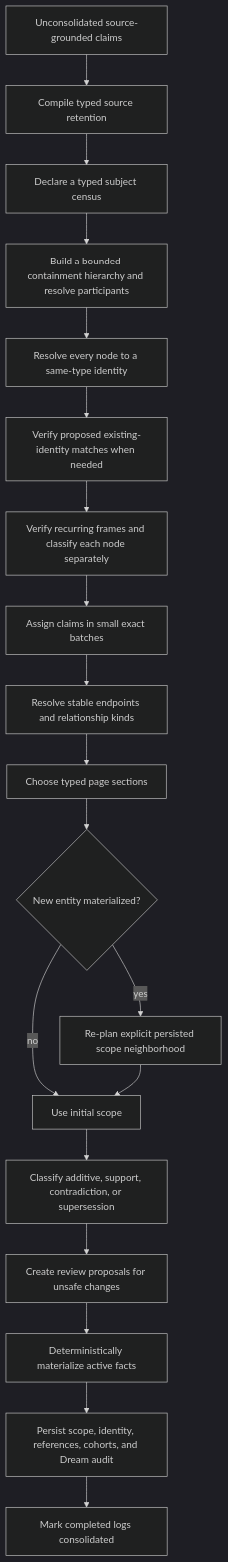
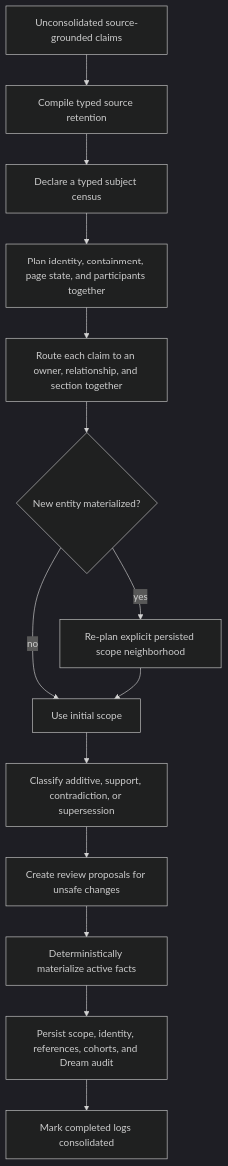
The diagram in DESIGN.md (nsadras/mycelium), drawn with Mermaid (dark theme) before and after one commit. The commit also changed other lines of this file and 5 other files, not shown here.

````diff
--- a/DESIGN.md
+++ b/DESIGN.md
@@ -85,21 +85,16 @@
 ```mermaid
 flowchart TD
     A[Unconsolidated source-grounded claims] --> B[Compile typed source retention]
     B --> C[Declare a typed subject census]
-    C --> D[Build a bounded containment hierarchy and resolve participants]
-    D --> E[Resolve every node to a same-type identity]
-    E --> F[Verify proposed existing-identity matches when needed]
-    F --> G[Verify recurring frames and classify each node separately]
-    G --> H[Assign claims in small exact batches]
-    H --> I[Resolve stable endpoints and relationship kinds]
-    I --> J[Choose typed page sections]
-    J --> K{New entity materialized?}
+    C --> D[Plan identity, containment, page state, and participants together]
+    D --> E[Route each claim to an owner, relationship, and section together]
+    E --> K{New entity materialized?}
     K -->|yes| L[Re-plan explicit persisted scope neighborhood]
     K -->|no| M[Use initial scope]
     L --> M
     M --> N[Classify additive, support, contradiction, or supersession]
     N --> O[Create review proposals for unsafe changes]
     O --> P[Deterministically materialize active facts]
     P --> Q[Persist scope, identity, references, cohorts, and Dream audit]
     Q --> R[Mark completed logs consolidated]
 ```
````
